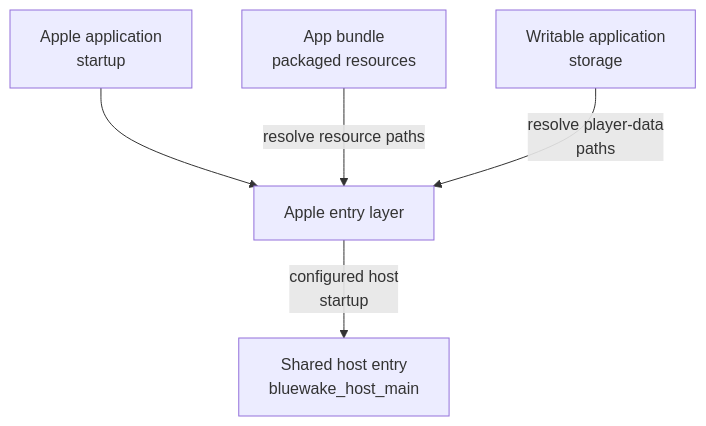
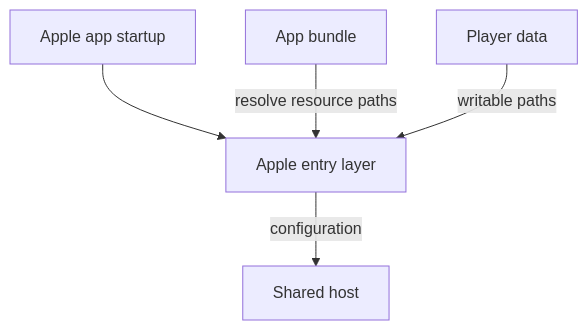
Before and after one commit to Aelbannan/boat_of_daphnes: the fifth of 9 diagrams in docs/architecture/Host.md, drawn with Mermaid. The commit also changed other lines of this file, not shown here.

Commit message:
Simplify Host diagram labels

````diff
--- a/docs/architecture/Host.md
+++ b/docs/architecture/Host.md
@@ -161,19 +141,13 @@
 ```mermaid
 flowchart TD
-    Start["`Apple application
-startup`"]
+    Start["Apple app startup"]
     Entry["Apple entry layer"]
-    Bundle["`App bundle
-packaged resources`"]
-    Storage["`Writable application
-storage`"]
-    Host["`Shared host entry
-bluewake_host_main`"]
+    Bundle["App bundle"]
+    Storage["Player data"]
+    Host["Shared host"]
 
     Start --> Entry
     Bundle -->|"resolve resource paths"| Entry
-    Storage -->|"`resolve player-data
-paths`"| Entry
-    Entry -->|"`configured host
-startup`"| Host
+    Storage -->|"writable paths"| Entry
+    Entry -->|"configuration"| Host
 ```
````
